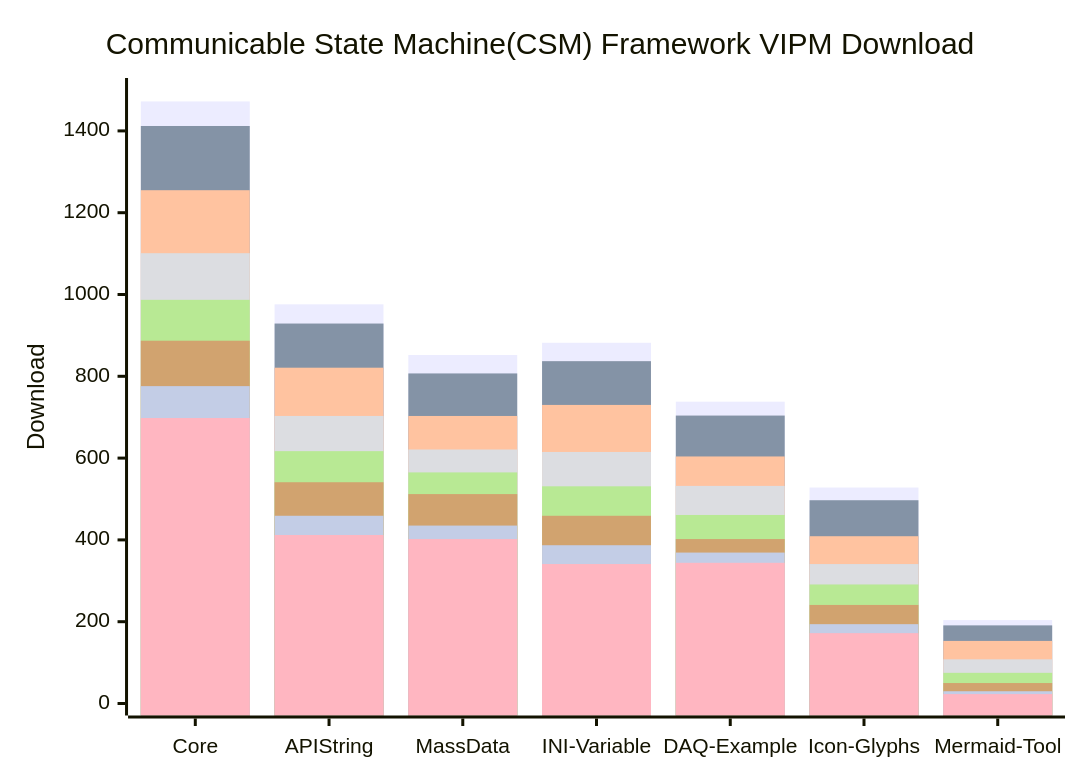
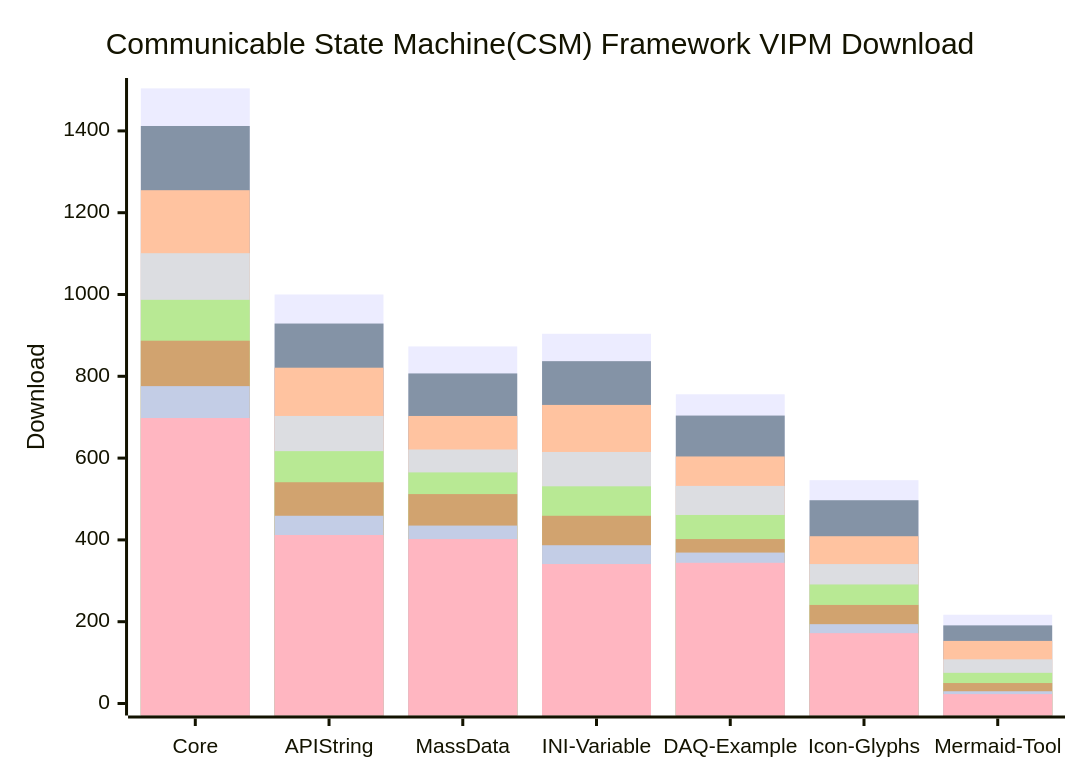
Before and after one commit to NEVSTOP-LAB/.github: the diagram in profile/README.md, drawn with Mermaid.

````diff
--- a/profile/README.md
+++ b/profile/README.md
@@ -31,14 +31,14 @@
 ```mermaid
     xychart-beta
     title "Communicable State Machine(CSM) Framework VIPM Download"
     x-axis [Core, API String, MassData, INI-Variable, DAQ-Example, Icon-Glyphs, Mermaid-Tool]
     y-axis "Download" 0 --> 1500
-    bar   [1472, 976, 852, 882, 738, 528, 204]
+    bar   [1504, 1000, 873, 904, 756, 546, 217]
     bar   [1412, 929, 807, 837, 704, 497, 191]
     bar   [1255, 821, 703, 730, 604, 409, 153]
     bar   [1101, 703, 621, 615, 532, 341, 108]
     bar   [987, 617, 565, 531, 461, 291, 75]
     bar   [887, 541, 512, 459, 402, 241, 50]
     bar   [776, 459, 435, 387, 369, 194, 30]
     bar   [698, 412, 402, 341, 344, 172, 23]
 ```
````
